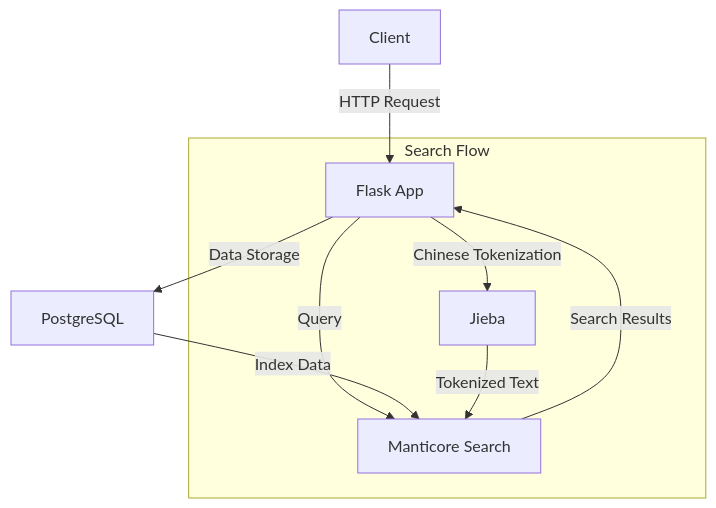
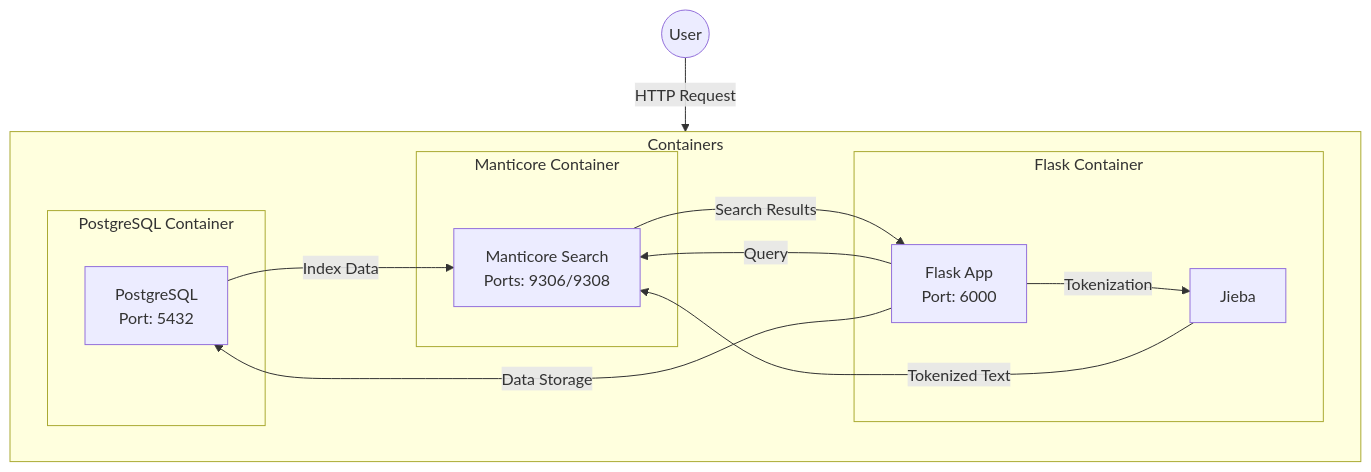
One commit to liweinan/manticoresearch-example changed the diagram in README.md. Above: the diagram before and after it, drawn with Mermaid.

Commit message:
docs: Update architecture diagram to place containers side by side

````diff
--- a/README.md
+++ b/README.md
@@ -7,12 +7,28 @@
 ```mermaid
 graph TD
-    Client[Client] --> |HTTP Request| Flask[Flask App]
-    Flask --> |Query| Manticore[Manticore Search]
-    Flask --> |Data Storage| PostgreSQL[PostgreSQL]
-    Flask --> |Chinese Tokenization| Jieba[Jieba]
+    Client((User)) --> |HTTP Request| Flask
+
+    subgraph Containers
+        direction LR
+        subgraph Flask Container
+            Flask[Flask App<br>Port: 6000]
+            Jieba[Jieba]
+            Flask --> |Tokenization| Jieba
+        end
+
+        subgraph Manticore Container
+            Manticore[Manticore Search<br>Ports: 9306/9308]
+        end
+
+        subgraph PostgreSQL Container
+            PostgreSQL[PostgreSQL<br>Port: 5432]
+        end
+    end
+
+    %% Data Flow
+    Flask --> |Query| Manticore
+    Flask --> |Data Storage| PostgreSQL
+    Jieba --> |Tokenized Text| Manticore
     PostgreSQL --> |Index Data| Manticore
-    subgraph Search Flow
-        Jieba --> |Tokenized Text| Manticore
-        Manticore --> |Search Results| Flask
-    end
+    Manticore --> |Search Results| Flask
 ```
````
